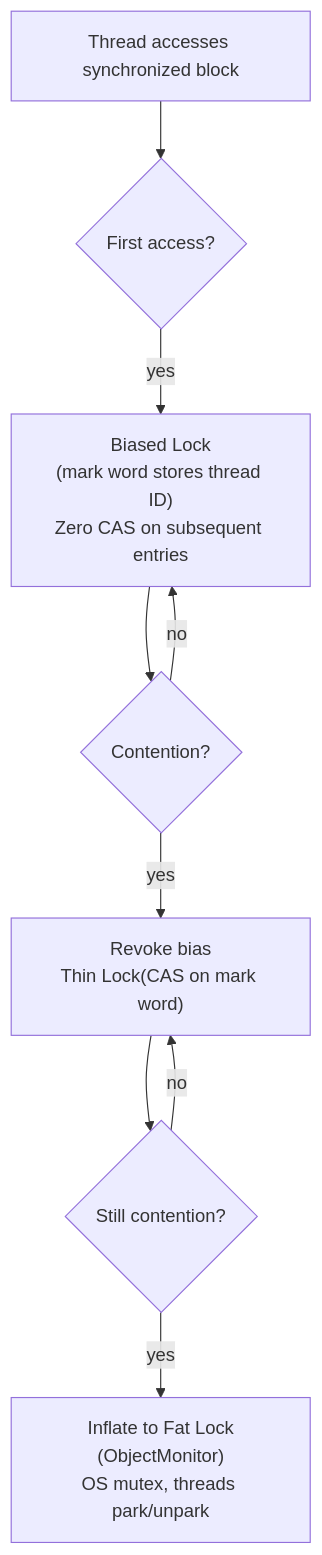
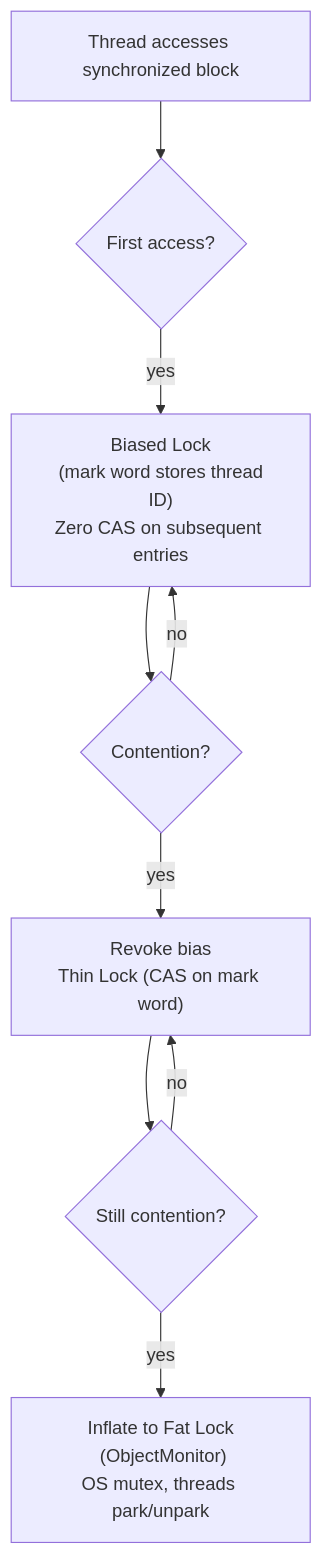
The diagram in content/questions/fundamentals/java-synchronized-internals.md (pploc/swe-icon-the-moment), drawn with Mermaid before and after one commit. The commit also changed 95 other files, not shown here.

Commit message:
fix: update the practice mode diagram bug not display

````diff
--- a/content/questions/fundamentals/java-synchronized-internals.md
+++ b/content/questions/fundamentals/java-synchronized-internals.md
@@ -20,14 +20,15 @@
 ```mermaid
 flowchart TD
     A["Thread accesses synchronized block"] --> B{"First access?"}
-    B -- yes --> C["Biased Lock\n(mark word stores thread ID)\nZero CAS on subsequent entries"]
+    B -- yes --> C["Biased Lock\n (mark word stores thread ID)\nZero CAS on subsequent entries"]
     C --> D{"Contention?"}
-    D -- yes --> E["Revoke bias\nThin Lock(CAS on mark word)"]
+    D -- yes --> E["Revoke bias\nThin Lock (CAS on mark word)"]
     E --> F{"Still contention?"}
-    F -- yes --> G["Inflate to Fat Lock\n(ObjectMonitor)\nOS mutex, threads park/unpark"]
+    F -- yes --> G["Inflate to Fat Lock\n (ObjectMonitor)\nOS mutex, threads park/unpark"]
     F -- no --> E
     D -- no --> C
 
 
 
+
 ```
````
